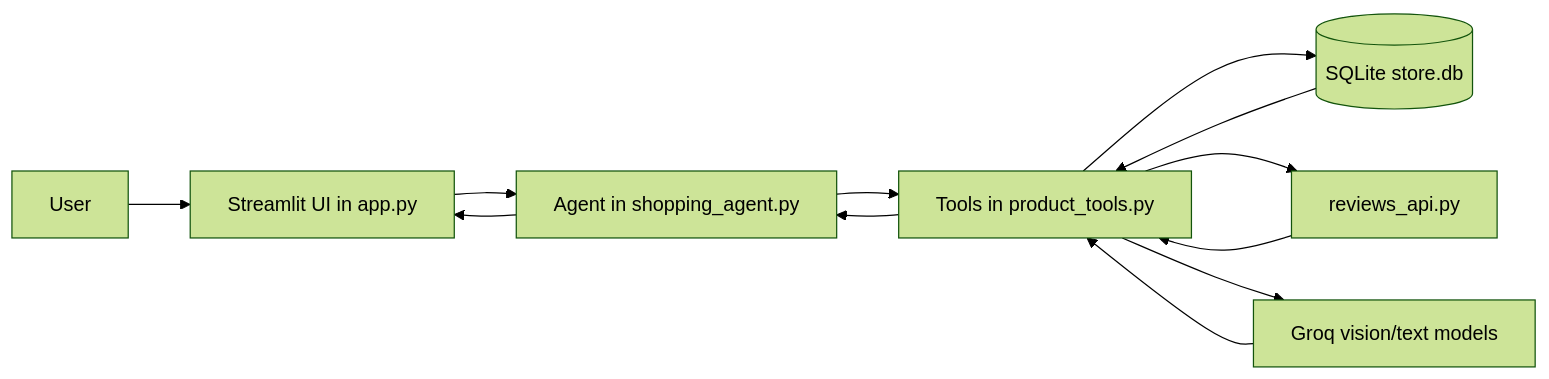
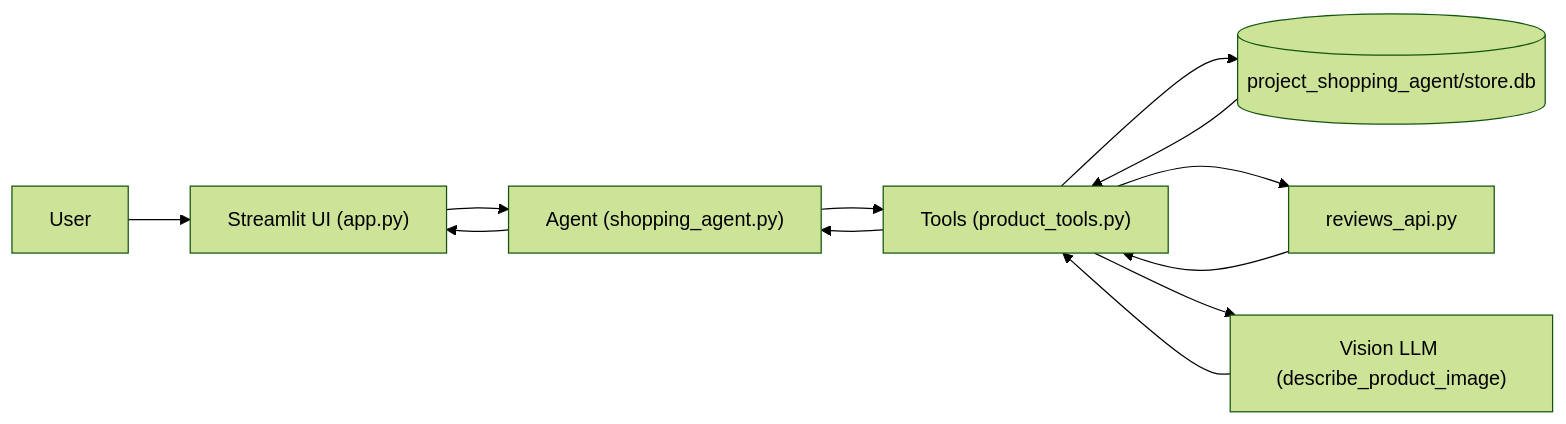
One commit to lmno3418/Shopping-Agentic-AI-Agent changed the diagram in README.md. Above: the diagram before and after it, drawn with Mermaid (forest theme). The commit also changed other lines of this file and 1 other file, not shown here.

````diff
--- a/README.md
+++ b/README.md
@@ -31,14 +27,14 @@
 ```mermaid
 flowchart LR
-	U[User] --> UI[Streamlit UI in app.py]
-	UI --> A[Agent in shopping_agent.py]
-	A --> T[Tools in product_tools.py]
-	T --> DB[(SQLite store.db)]
-	T --> R[reviews_api.py]
-	T --> V[Groq vision/text models]
-	DB --> T
-	R --> T
-	V --> T
-	T --> A
-	A --> UI
+    U["User"] --> UI["Streamlit UI (app.py)"]
+    UI --> A["Agent (shopping_agent.py)"]
+    A --> T["Tools (product_tools.py)"]
+    T --> DB[("project_shopping_agent/store.db")]
+    T --> R["reviews_api.py"]
+    T --> V["Vision LLM (describe_product_image)"]
+    DB --> T
+    R --> T
+    V --> T
+    T --> A
+    A --> UI
 ```
````
